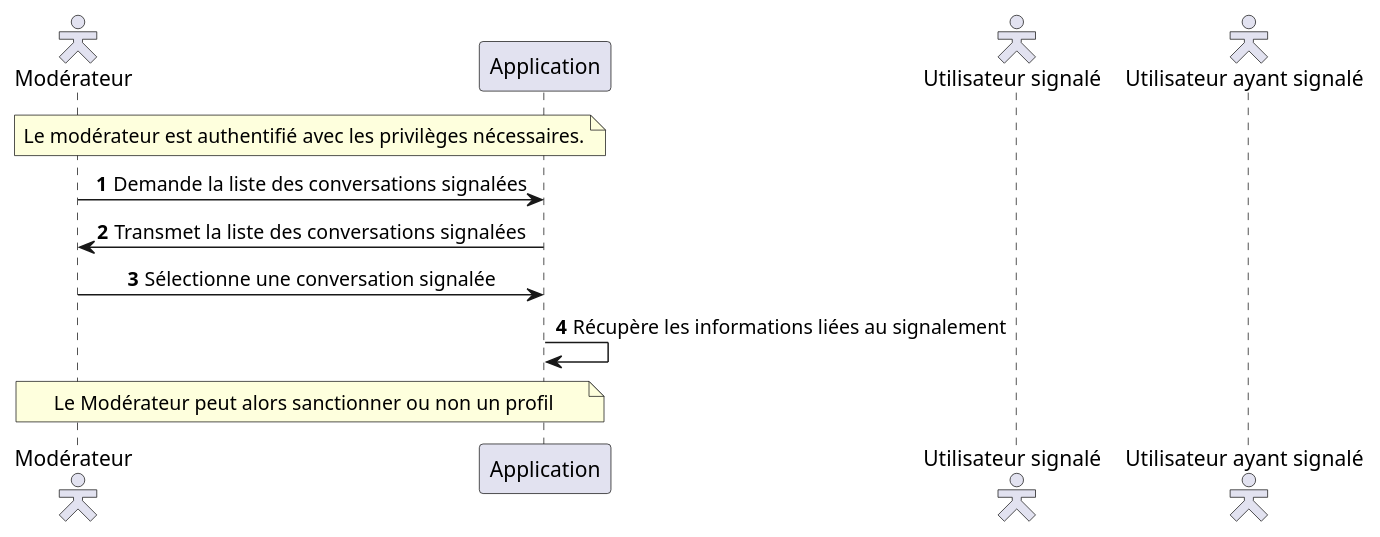
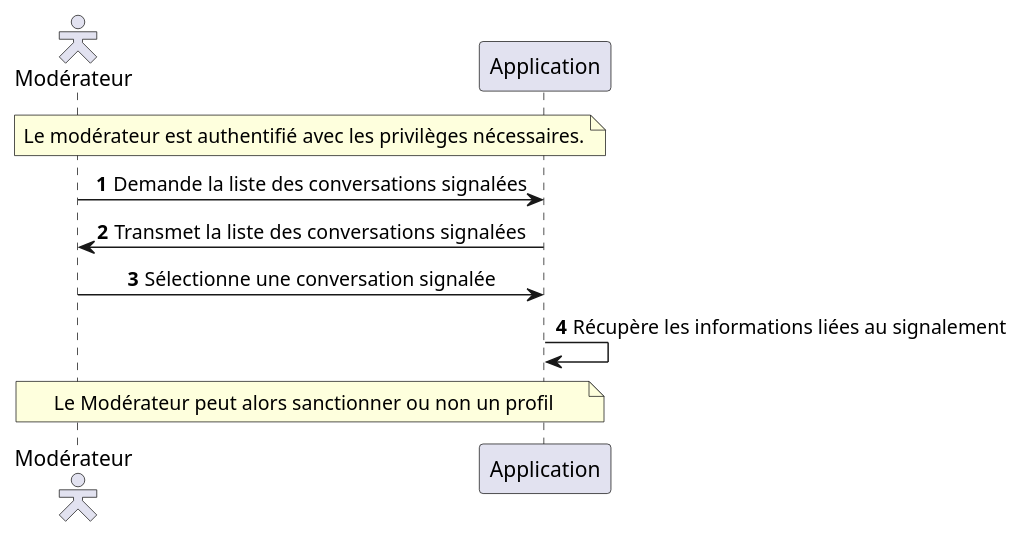
One commit to MinaroliCorentin/PSO changed the diagram in src/Description_des_scenarios_Moderation_verifier_signalement.puml. Above: the diagram before and after it, drawn with PlantUML. The commit also changed 7 other files, not shown here.

```diff
--- a/src/Description_des_scenarios_Moderation_verifier_signalement.puml
+++ b/src/Description_des_scenarios_Moderation_verifier_signalement.puml
@@ -1,24 +1,22 @@
 @startuml
 autonumber
 skinparam sequenceMessageAlign center
 skinparam actorStyle hollow
 
 actor "Modérateur" as mod
 participant "Application" as app
-actor "Utilisateur signalé" as user
-actor "Utilisateur ayant signalé" as reporter
 
 note over mod, app
 Le modérateur est authentifié avec les privilèges nécessaires.
 end note
 
 mod -> app : Demande la liste des conversations signalées
 app -> mod : Transmet la liste des conversations signalées
 mod -> app : Sélectionne une conversation signalée
 app -> app : Récupère les informations liées au signalement
 
 note over mod, app
     Le Modérateur peut alors sanctionner ou non un profil
 end note
 
 @enduml
```
